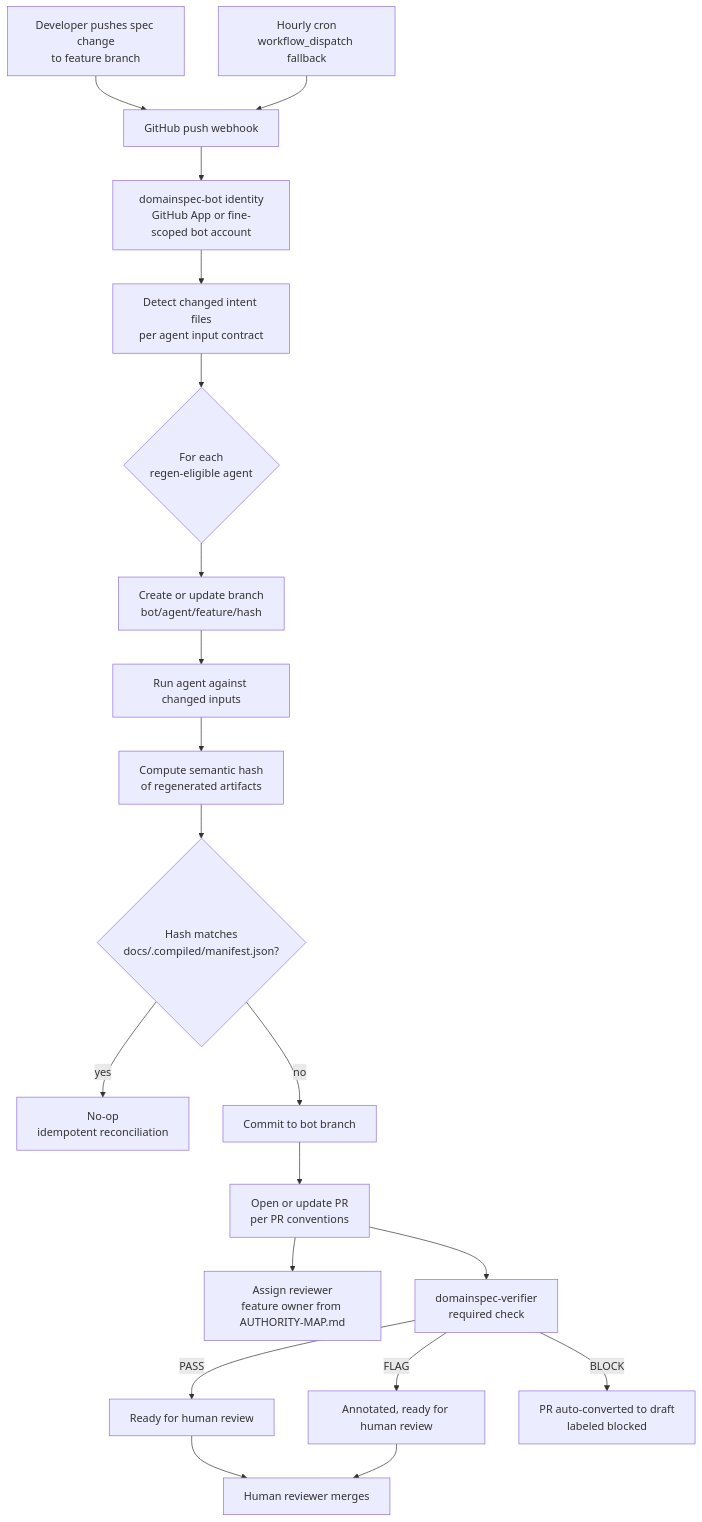
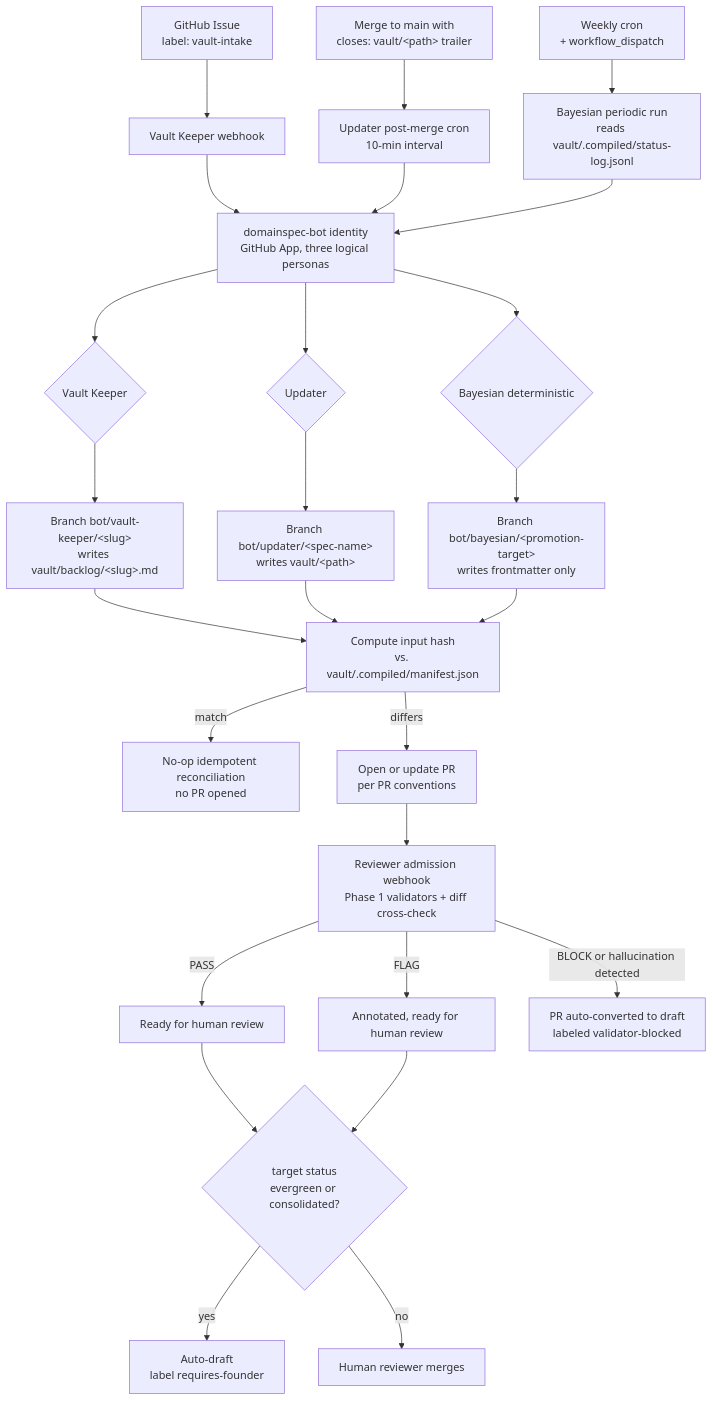
Before and after one commit to cyberAlchemyAI/domainspec: the diagram in docs/features/gitops-assessment/specs/phase-4-domainspec-bot.md, drawn with Mermaid. The commit also changed other lines of this file and 20 other files, not shown here.

````diff
--- a/docs/features/gitops-assessment/specs/phase-4-domainspec-bot.md
+++ b/docs/features/gitops-assessment/specs/phase-4-domainspec-bot.md
@@ -99,22 +148,35 @@
 ```mermaid
 graph TD
-    Push[Developer pushes spec change<br/>to feature branch] --> Webhook[GitHub push webhook]
-    Cron[Hourly cron<br/>workflow_dispatch fallback] --> Webhook
-    Webhook --> BotIdent[domainspec-bot identity<br/>GitHub App or fine-scoped bot account]
-    BotIdent --> Detect[Detect changed intent files<br/>per agent input contract]
-    Detect --> PerAgent{For each<br/>regen-eligible agent}
-    PerAgent --> Branch[Create or update branch<br/>bot/agent/feature/hash]
-    Branch --> Regen[Run agent against changed inputs]
-    Regen --> Hash[Compute semantic hash<br/>of regenerated artifacts]
-    Hash --> ManifestCheck{Hash matches<br/>docs/.compiled/manifest.json?}
-    ManifestCheck -->|yes| NoOp[No-op<br/>idempotent reconciliation]
-    ManifestCheck -->|no| Commit[Commit to bot branch]
-    Commit --> OpenPR[Open or update PR<br/>per PR conventions]
-    OpenPR --> Reviewer[Assign reviewer<br/>feature owner from AUTHORITY-MAP.md]
-    OpenPR --> Verifier[domainspec-verifier<br/>required check]
-    Verifier -->|PASS| ReadyForReview[Ready for human review]
-    Verifier -->|FLAG| AnnotatedReview[Annotated, ready for human review]
-    Verifier -->|BLOCK| DraftBlocked[PR auto-converted to draft<br/>labeled blocked]
-    ReadyForReview --> HumanMerge[Human reviewer merges]
-    AnnotatedReview --> HumanMerge
+    Intake[GitHub Issue<br/>label: vault-intake] --> VKWebhook[Vault Keeper webhook]
+    Commit[Merge to main with<br/>closes: vault/&lt;path&gt; trailer] --> UpCron[Updater post-merge cron<br/>10-min interval]
+    Periodic[Weekly cron<br/>+ workflow_dispatch] --> BayRun[Bayesian periodic run<br/>reads vault/.compiled/status-log.jsonl]
+
+    VKWebhook --> BotIdent[domainspec-bot identity<br/>GitHub App, three logical personas]
+    UpCron --> BotIdent
+    BayRun --> BotIdent
+
+    BotIdent --> RouteVK{Vault Keeper}
+    BotIdent --> RouteUp{Updater}
+    BotIdent --> RouteBay{Bayesian deterministic}
+
+    RouteVK --> VKBranch[Branch bot/vault-keeper/&lt;slug&gt;<br/>writes vault/backlog/&lt;slug&gt;.md]
+    RouteUp --> UpBranch[Branch bot/updater/&lt;spec-name&gt;<br/>writes vault/&lt;path&gt;]
+    RouteBay --> BayBranch[Branch bot/bayesian/&lt;promotion-target&gt;<br/>writes frontmatter only]
+
+    VKBranch --> Hash[Compute input hash<br/>vs. vault/.compiled/manifest.json]
+    UpBranch --> Hash
+    BayBranch --> Hash
+
+    Hash -->|match| NoOp[No-op idempotent reconciliation<br/>no PR opened]
+    Hash -->|differs| OpenPR[Open or update PR<br/>per PR conventions]
+
+    OpenPR --> Reviewer[Reviewer admission webhook<br/>Phase 1 validators + diff cross-check]
+    Reviewer -->|PASS| ReadyForReview[Ready for human review]
+    Reviewer -->|FLAG| AnnotatedReview[Annotated, ready for human review]
+    Reviewer -->|BLOCK or hallucination detected| DraftBlocked[PR auto-converted to draft<br/>labeled validator-blocked]
+
+    ReadyForReview --> StatusGate{target status<br/>evergreen or consolidated?}
+    AnnotatedReview --> StatusGate
+    StatusGate -->|yes| FounderQueue[Auto-draft<br/>label requires-founder]
+    StatusGate -->|no| HumanMerge[Human reviewer merges]
 ```
````
